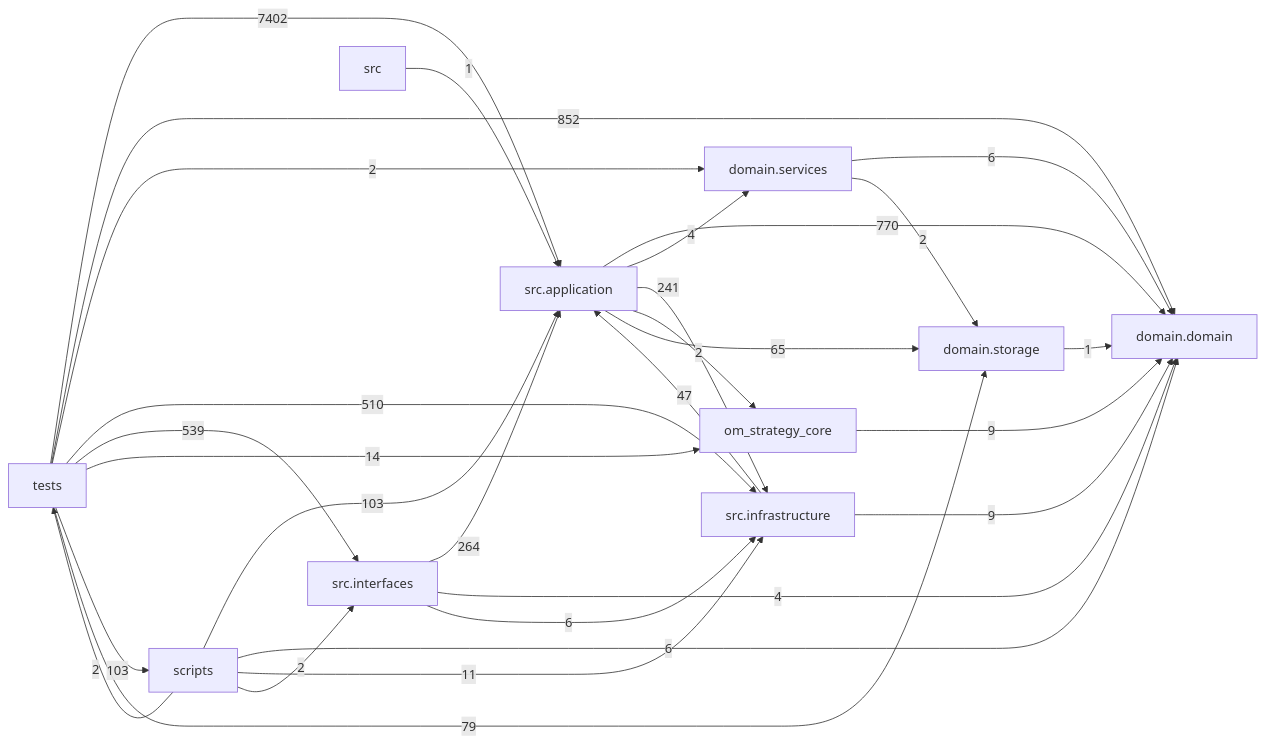
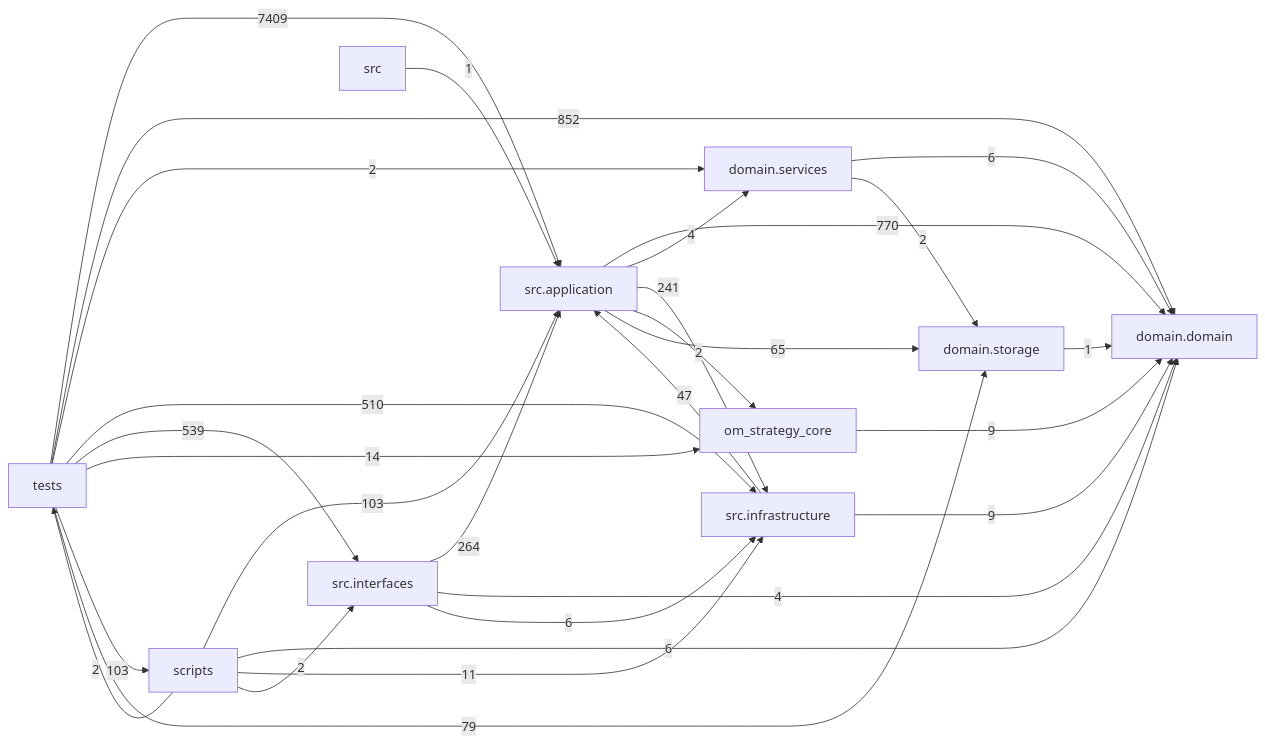
Before and after one commit to liuxie066/options-monitor: the diagram in docs/DEPENDENCY_GRAPH.md, drawn with Mermaid. The commit also changed other lines of this file and 4 other files, not shown here.

````diff
--- a/docs/DEPENDENCY_GRAPH.md
+++ b/docs/DEPENDENCY_GRAPH.md
@@ -24,39 +24,39 @@
 ```mermaid
 flowchart LR
   tests["tests"]
   scripts["scripts"]
   interfaces["src.interfaces"]
   application["src.application"]
   infrastructure["src.infrastructure"]
   domain_services["domain.services"]
   domain["domain.domain"]
   storage["domain.storage"]
   application -->|770| domain
   application -->|4| domain_services
   application -->|241| infrastructure
   application -->|2| om_strategy_core
   application -->|65| storage
   domain_services -->|6| domain
   domain_services -->|2| storage
   infrastructure -->|47| application
   infrastructure -->|9| domain
   interfaces -->|264| application
   interfaces -->|4| domain
   interfaces -->|6| infrastructure
   om_strategy_core -->|9| domain
   scripts -->|103| application
   scripts -->|6| domain
   scripts -->|11| infrastructure
   scripts -->|2| interfaces
   scripts -->|2| tests
   src -->|1| application
   storage -->|1| domain
-  tests -->|7402| application
+  tests -->|7409| application
   tests -->|852| domain
   tests -->|2| domain_services
   tests -->|510| infrastructure
   tests -->|539| interfaces
   tests -->|14| om_strategy_core
   tests -->|103| scripts
   tests -->|79| storage
 ```
````
